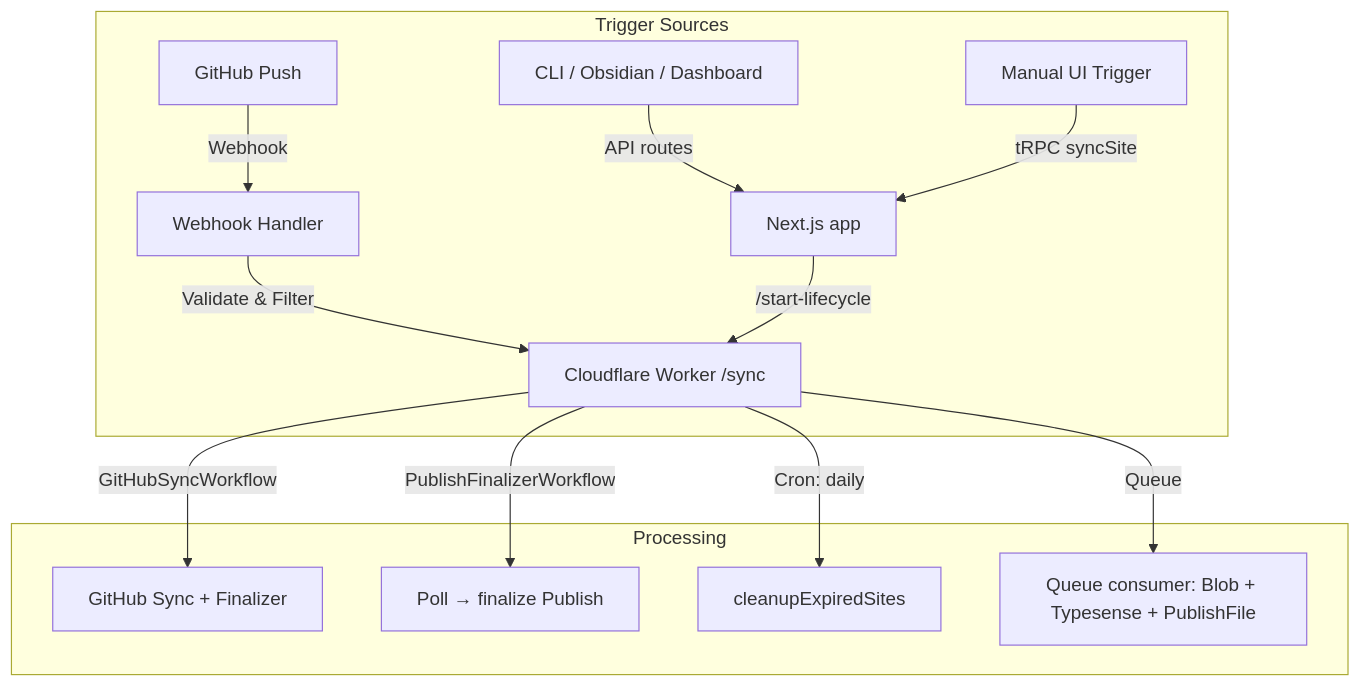
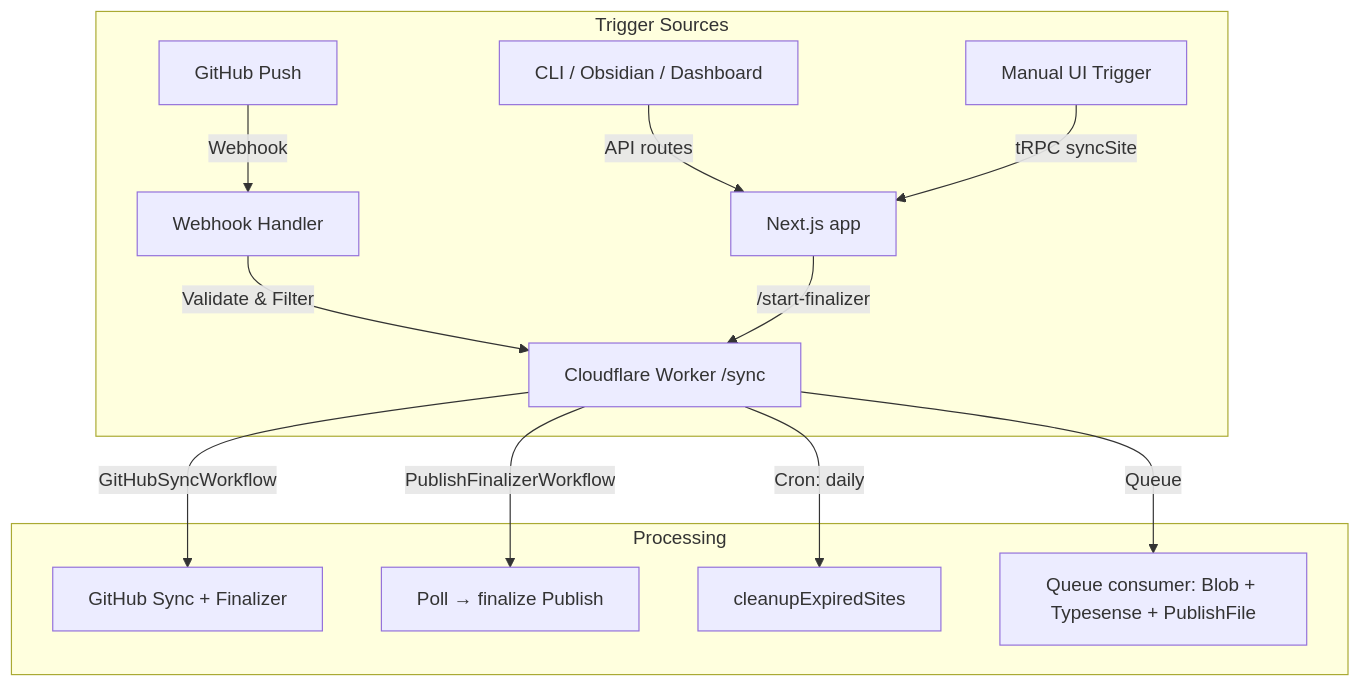
One commit to flowershow/flowershow changed the diagram in apps/flowershow/README.md. Above: the diagram before and after it, drawn with Mermaid. The commit also changed other lines of this file and 9 other files, not shown here.

````diff
--- a/apps/flowershow/README.md
+++ b/apps/flowershow/README.md
@@ -63,17 +63,17 @@
 ```mermaid
 graph TD
     subgraph "Trigger Sources"
         GH[GitHub Push] -->|Webhook| WH[Webhook Handler]
         CLI[CLI / Obsidian / Dashboard] -->|API routes| NX[Next.js app]
         UI[Manual UI Trigger] -->|tRPC syncSite| NX
         WH -->|Validate & Filter| CW[Cloudflare Worker /sync]
-        NX -->|/start-lifecycle| CW
+        NX -->|/start-finalizer| CW
     end
 
     subgraph "Processing"
         CW -->|GitHubSyncWorkflow| SF[GitHub Sync + Finalizer]
         CW -->|PublishFinalizerWorkflow| PF[Poll → finalize Publish]
         CW -->|Cron: daily| DF[cleanupExpiredSites]
         CW -->|Queue| QC[Queue consumer: Blob + Typesense + PublishFile]
     end
 ```
````
